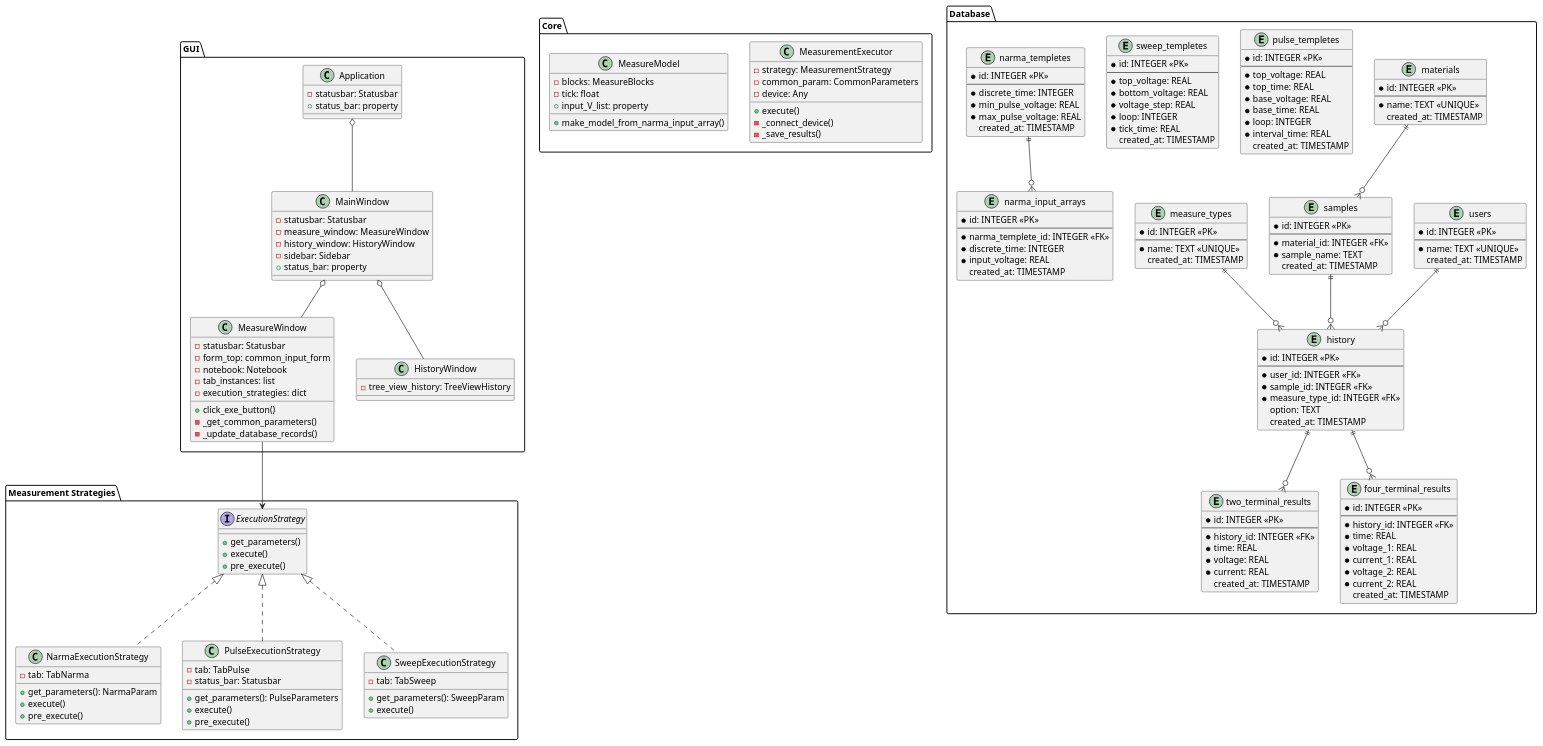
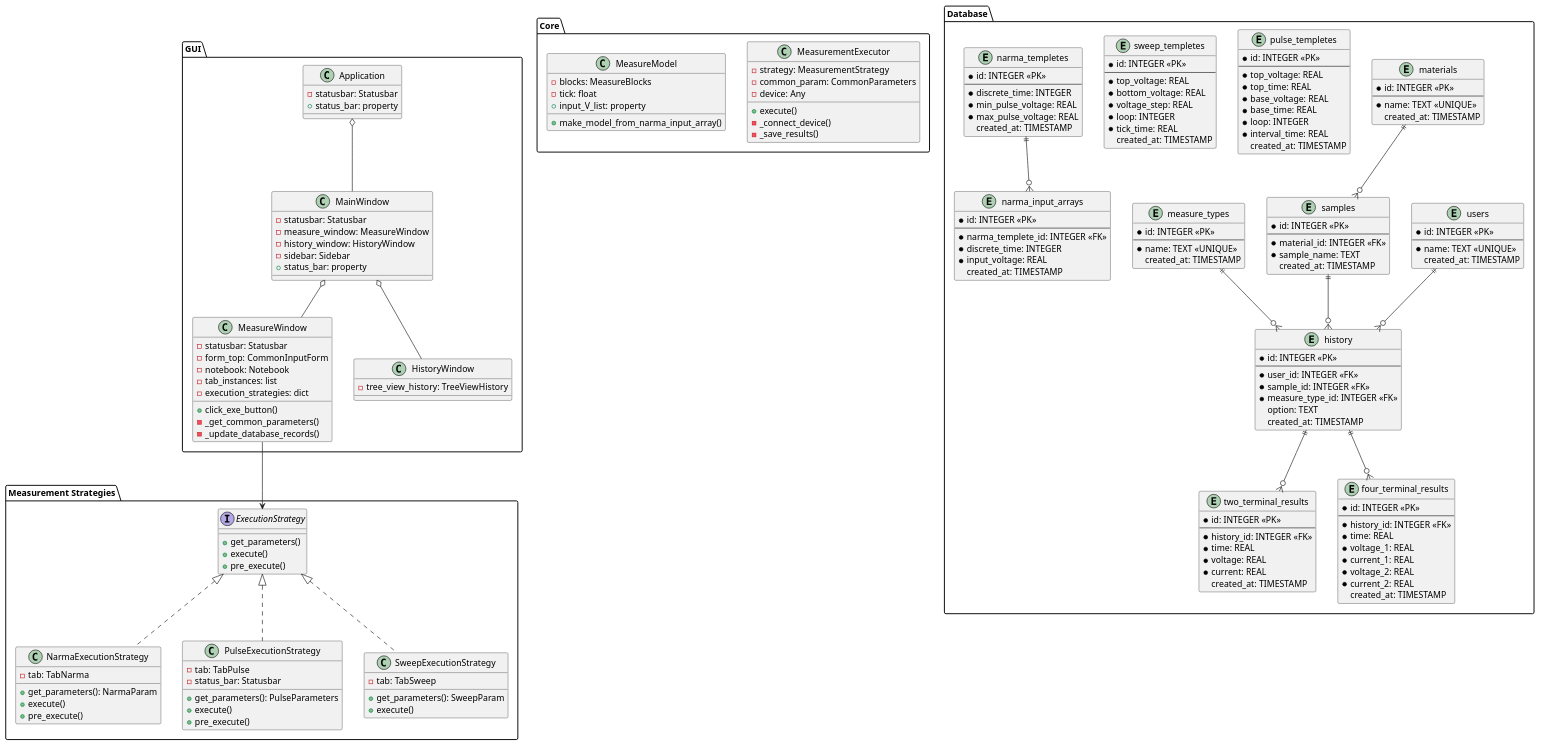
One commit to higuchilab/Pulse_measurement changed the diagram in architecture.pu. Above: the diagram before and after it, drawn with PlantUML. The commit also changed 5 other files, not shown here.

```diff
--- a/architecture.pu
+++ b/architecture.pu
@@ -17,7 +17,7 @@
 
   class MeasureWindow {
     - statusbar: Statusbar
-    - form_top: common_input_form
+    - form_top: CommonInputForm
     - notebook: Notebook
     - tab_instances: list
     - execution_strategies: dict
```
